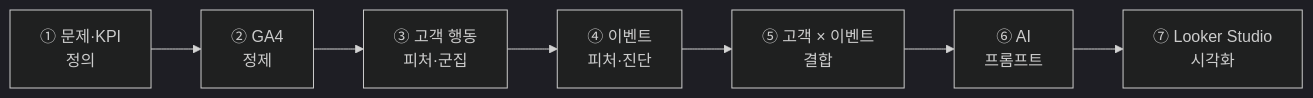
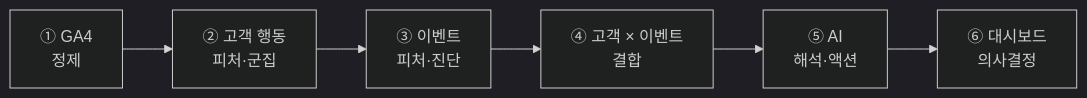
The first of 4 diagrams in docs/implementation.md (qkrwlfjddl/Marketing-KPI-AI-Insight), drawn with Mermaid (dark theme) before and after one commit. The commit also changed other lines of this file, not shown here.

````diff
--- a/docs/implementation.md
+++ b/docs/implementation.md
@@ -19,9 +18,8 @@
 ```mermaid
 flowchart LR
-    A["① 문제·KPI<br/>정의"] --> B["② GA4<br/>정제"]
-    B --> C["③ 고객 행동<br/>피처·군집"]
-    C --> D["④ 이벤트<br/>피처·진단"]
-    D --> E["⑤ 고객 × 이벤트<br/>결합"]
-    E --> F["⑥ AI<br/>프롬프트"]
-    F --> G["⑦ Looker Studio<br/>시각화"]
+    A["① GA4<br/>정제"] --> B["② 고객 행동<br/>피처·군집"]
+    B --> C["③ 이벤트<br/>피처·진단"]
+    C --> D["④ 고객 × 이벤트<br/>결합"]
+    D --> E["⑤ AI<br/>해석·액션"]
+    E --> F["⑥ 대시보드<br/>의사결정"]
 ```
````
